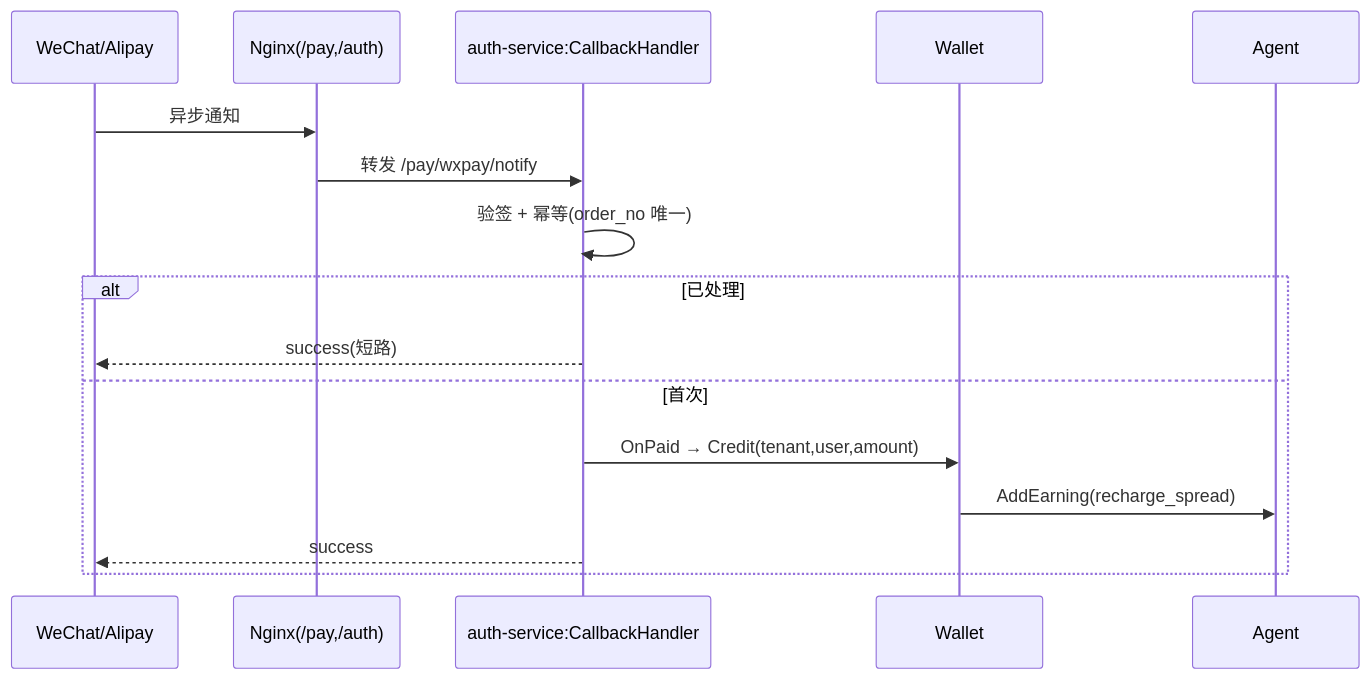
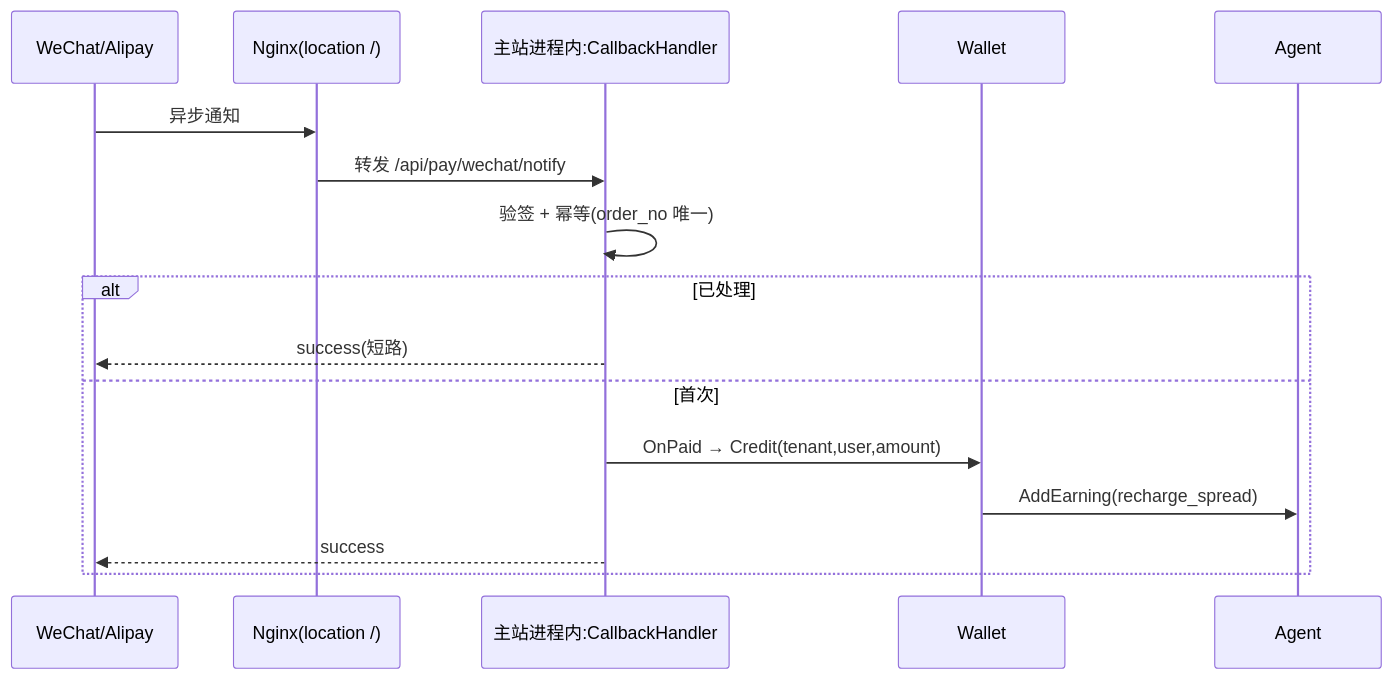
One commit to lijiawei0305-pixel/multi_newapi changed the eighth of 9 diagrams in doc/detailed-design.md. Above: the diagram before and after it, drawn with Mermaid. The commit also changed other lines of this file and 8 other files, not shown here.

First line of the commit message:
docs(payment): 清理已退役 auth-service 引用 + API 契约对齐单门

````diff
--- a/doc/detailed-design.md
+++ b/doc/detailed-design.md
@@ -594,18 +594,18 @@
 ```mermaid
 sequenceDiagram
   participant WX as WeChat/Alipay
-  participant NG as Nginx(/pay,/auth)
-  participant PY as auth-service:CallbackHandler
+  participant NG as Nginx(location /)
+  participant PY as 主站进程内:CallbackHandler
   participant WL as Wallet
   participant AG as Agent
   WX->>NG: 异步通知
-  NG->>PY: 转发 /pay/wxpay/notify
+  NG->>PY: 转发 /api/pay/wechat/notify
   PY->>PY: 验签 + 幂等(order_no 唯一)
   alt 已处理
     PY-->>WX: success(短路)
   else 首次
     PY->>WL: OnPaid → Credit(tenant,user,amount)
     WL->>AG: AddEarning(recharge_spread)
     PY-->>WX: success
   end
 ```
````
